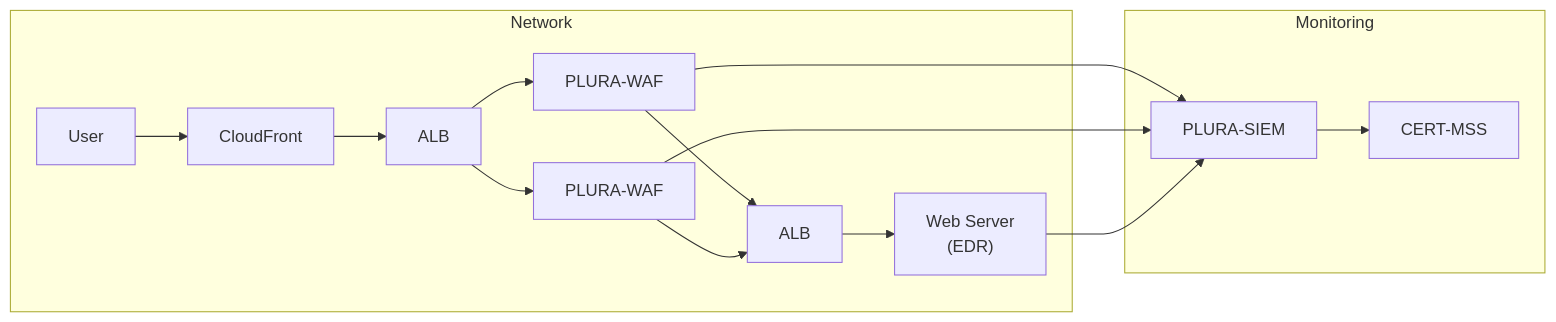
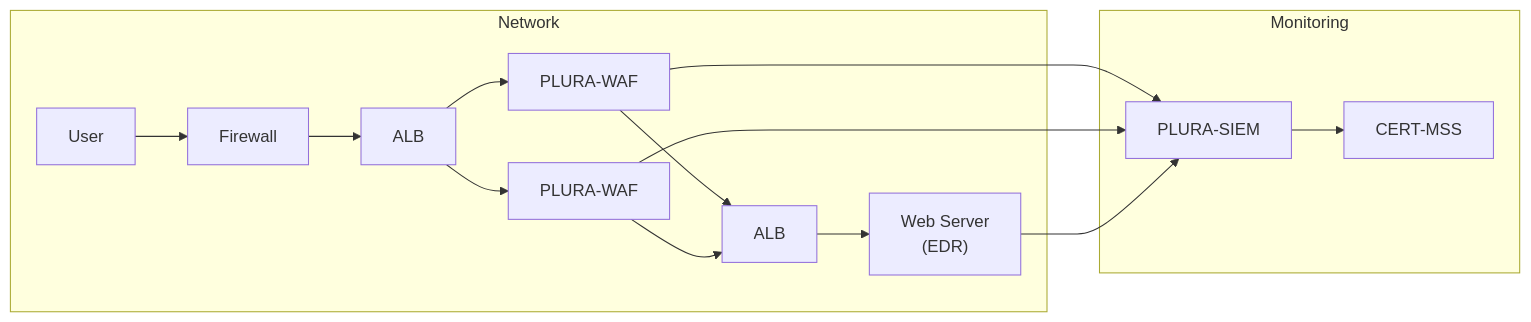
Before and after one commit to qubitsec/plura: the second of 3 diagrams in xdr/ko/diagram/README.md, drawn with Mermaid.

````diff
--- a/xdr/ko/diagram/README.md
+++ b/xdr/ko/diagram/README.md
@@ -36,23 +36,23 @@
 ```mermaid
 flowchart LR
     subgraph Network
-        User --> CloudFront
-        CloudFront --> ALB1[ALB]
+        User --> FW[Firewall]
+        FW --> ALB1[ALB]
         
         ALB1 --> PLURA-WAF1[PLURA-WAF]
         ALB1 --> PLURA-WAF2[PLURA-WAF]
         
         PLURA-WAF1 --> ALB2[ALB]
         PLURA-WAF2 --> ALB2[ALB]
 
         ALB2 --> WebServer["Web Server<br>(EDR)"]
     end
 
     subgraph Monitoring
         PLURA-SIEM[PLURA-SIEM] --> CERT-MSS[CERT-MSS]
     end 
 
     PLURA-WAF1 --> PLURA-SIEM
     PLURA-WAF2 --> PLURA-SIEM
     WebServer --> PLURA-SIEM
 ```
````
